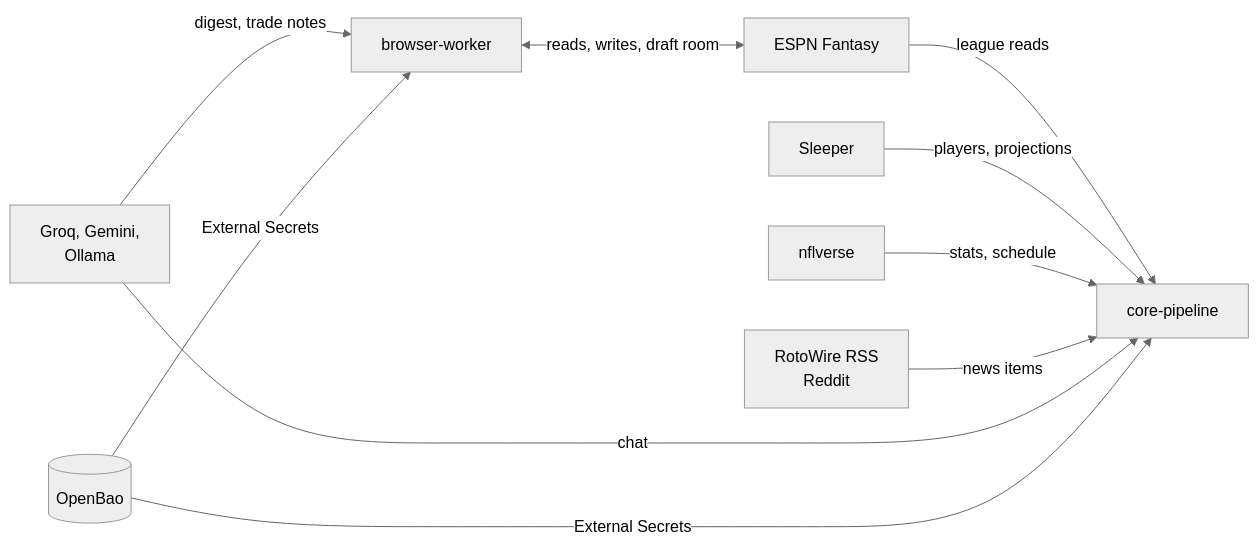
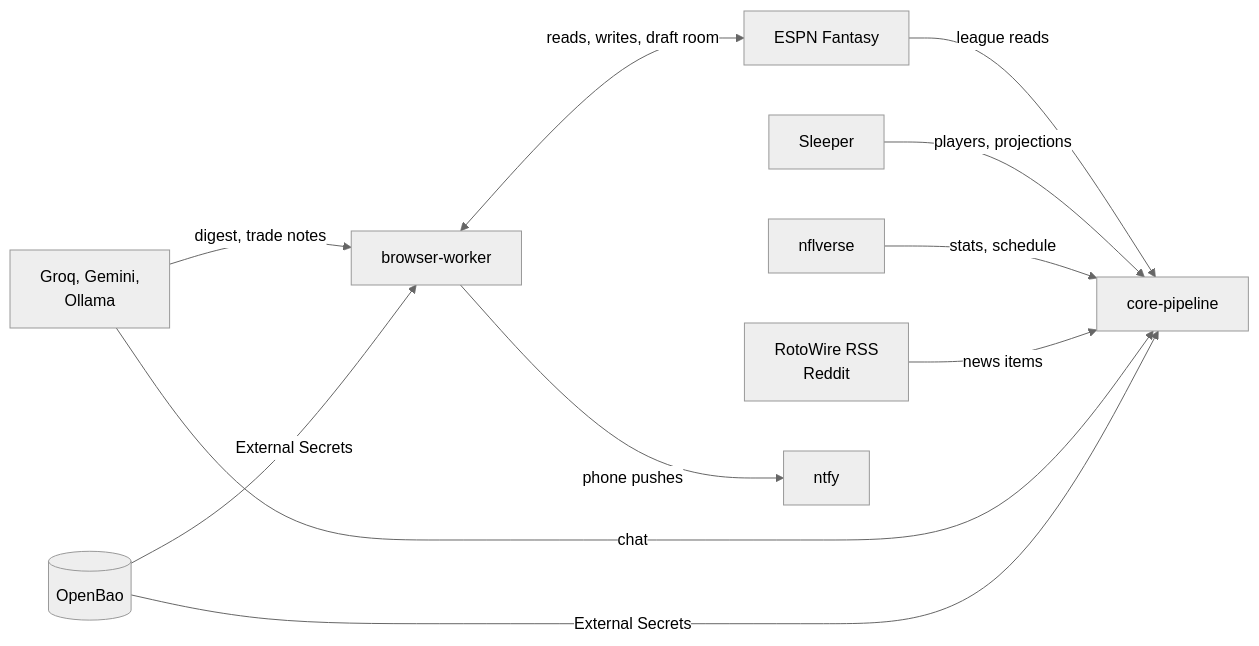
One commit to cvillarr23/fantasy-project changed the diagram in docs/integrations/index.md. Above: the diagram before and after it, drawn with Mermaid (neutral theme). The commit also changed other lines of this file and 1 other file, not shown here.

Commit message:
Document ntfy phone notifications (#66)
* Document ntfy phone notifications

New integrations page covering which events push to the phone, why
ntfy (vs SNS, Discord, a custom app), how the server and tokens are
secured, deep links into the web UI, and failure behavior. Adds ntfy
to the integrations overview diagram and tables.

* Add phone setup steps to the ntfy page

How-to for the ntfy Android app: add the phone user, subscribe to
fantasy on ntfy.roo-net.cc, turn on instant delivery, exempt ntfy from
battery optimization, and optionally let urgent pushes bypass Do Not
Disturb. Includes a verify command and a troubleshooting table.

````diff
--- a/docs/integrations/index.md
+++ b/docs/integrations/index.md
@@ -13,20 +13,22 @@
 ```mermaid
 flowchart LR
     espn[ESPN Fantasy]
     sleeper[Sleeper]
     nflv[nflverse]
     rumors[RotoWire RSS<br/>Reddit]
     llm[Groq, Gemini,<br/>Ollama]
     bao[(OpenBao)]
     core[core-pipeline]
     worker[browser-worker]
     espn -->|league reads| core
     worker <-->|reads, writes, draft room| espn
     sleeper -->|players, projections| core
     nflv -->|stats, schedule| core
     rumors -->|news items| core
     llm -->|chat| core
     llm -->|digest, trade notes| worker
     bao -->|External Secrets| core
     bao -->|External Secrets| worker
+    ntfy[ntfy]
+    worker -->|phone pushes| ntfy
 ```
````
